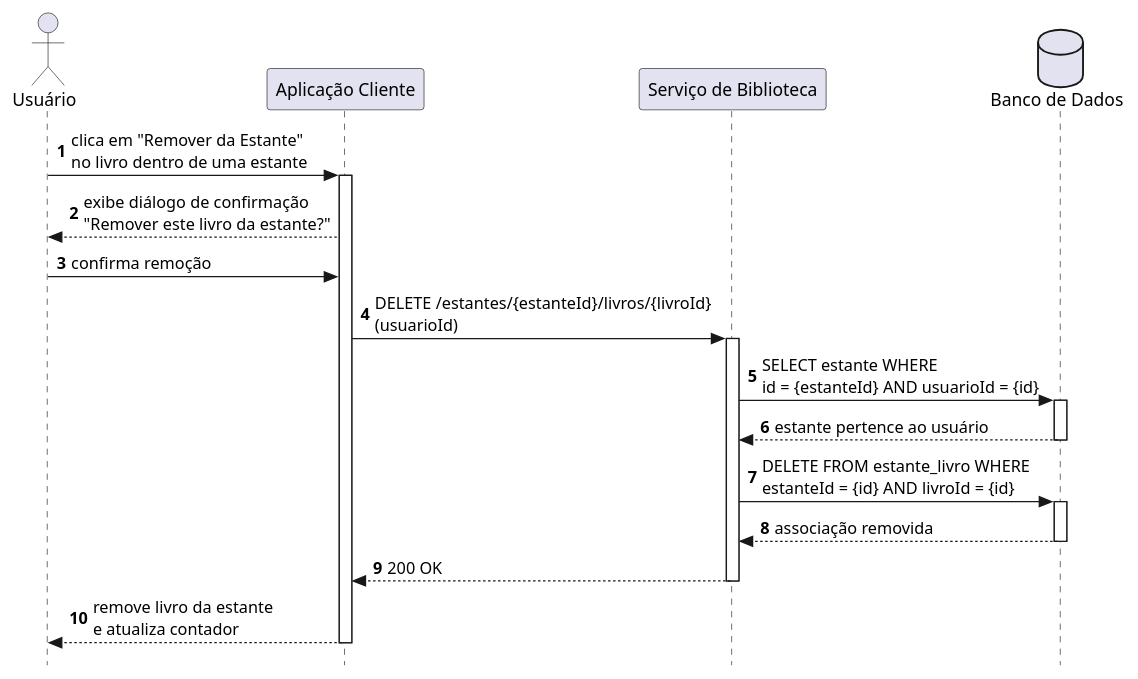
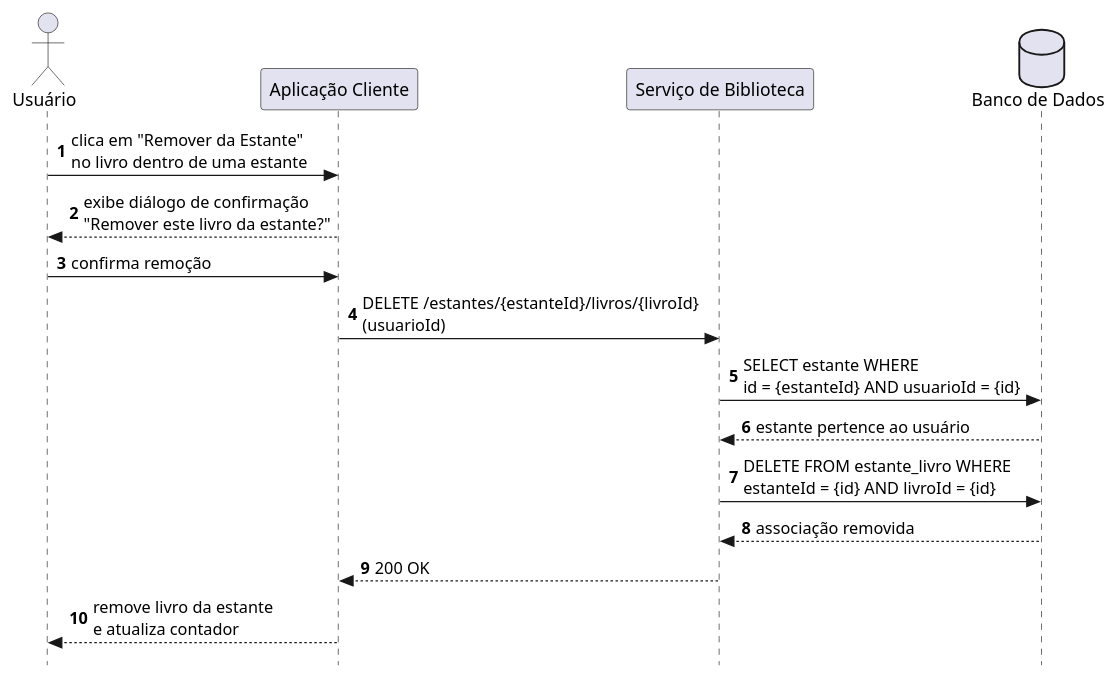
One commit to jalv21/iLib changed the diagram in docs/codigo-plantuml/diagramas-comunicacao/organizacao/dc-remover_livro_estante.puml. Above: the diagram before and after it, drawn with PlantUML.

Commit message:
docs/criando diagrama de comunicação para remover livro da estante

```diff
--- a/docs/codigo-plantuml/diagramas-comunicacao/organizacao/dc-remover_livro_estante.puml
+++ b/docs/codigo-plantuml/diagramas-comunicacao/organizacao/dc-remover_livro_estante.puml
@@ -1,36 +1,28 @@
-@startuml ds-remover_livro_estante
+@startuml dc-remover_livro_estante
 autonumber
 skinparam style strictuml
 
 actor Usuario as "Usuário"
 participant Client            as "Aplicação Cliente"
 participant ServiceBiblioteca as "Serviço de Biblioteca"
 database    BD                as "Banco de Dados"
 
 Usuario -> Client : clica em "Remover da Estante"\nno livro dentro de uma estante
-activate Client
 
 Client --> Usuario : exibe diálogo de confirmação\n"Remover este livro da estante?"
 
 Usuario -> Client : confirma remoção
 
 Client -> ServiceBiblioteca : DELETE /estantes/{estanteId}/livros/{livroId}\n(usuarioId)
-activate ServiceBiblioteca
 
 ServiceBiblioteca -> BD : SELECT estante WHERE\nid = {estanteId} AND usuarioId = {id}
-activate BD
 BD --> ServiceBiblioteca : estante pertence ao usuário
-deactivate BD
 
 ServiceBiblioteca -> BD : DELETE FROM estante_livro WHERE\nestanteId = {id} AND livroId = {id}
-activate BD
 BD --> ServiceBiblioteca : associação removida
-deactivate BD
 
 ServiceBiblioteca --> Client : 200 OK
-deactivate ServiceBiblioteca
 
 Client --> Usuario : remove livro da estante\ne atualiza contador
-deactivate Client
 
 @enduml
```
